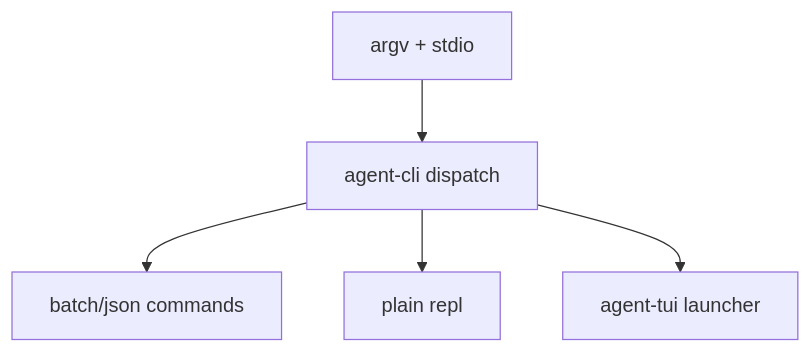
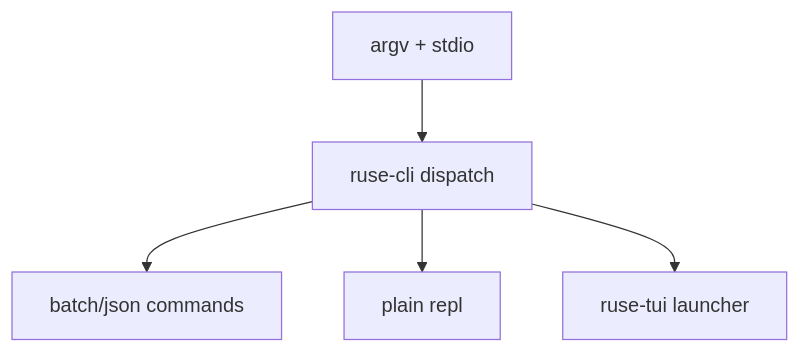
Before and after one commit to poneding/agent: the diagram in docs/specs/M20-01-agent-binary-entrypoint.spec.md, drawn with Mermaid. The commit also changed other lines of this file and 2091 other files, not shown here.

First line of the commit message:
refactor: rename agent branding to ruse

````diff
--- a/docs/specs/M20-01-agent-binary-entrypoint.spec.md
+++ b/docs/specs/M20-01-agent-binary-entrypoint.spec.md
@@ -30,7 +30,7 @@
 ```mermaid
 flowchart TD
-  Args["argv + stdio"] --> CLI["agent-cli dispatch"]
+  Args["argv + stdio"] --> CLI["ruse-cli dispatch"]
   CLI --> Batch["batch/json commands"]
   CLI --> Plain["plain repl"]
-  CLI --> TUI["agent-tui launcher"]
+  CLI --> TUI["ruse-tui launcher"]
 ```
````
